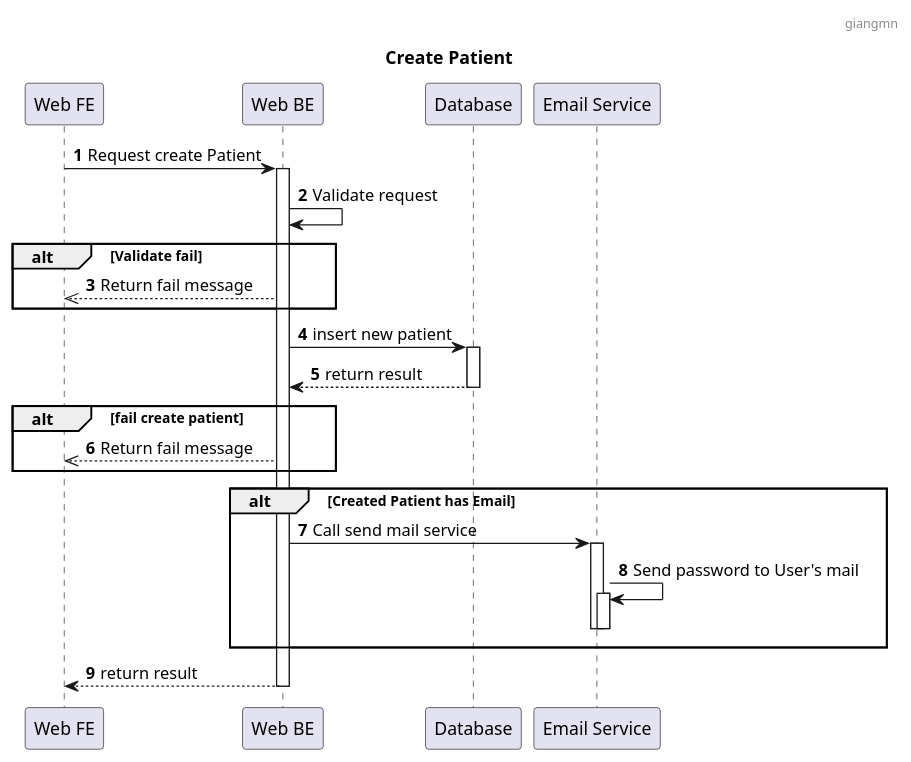
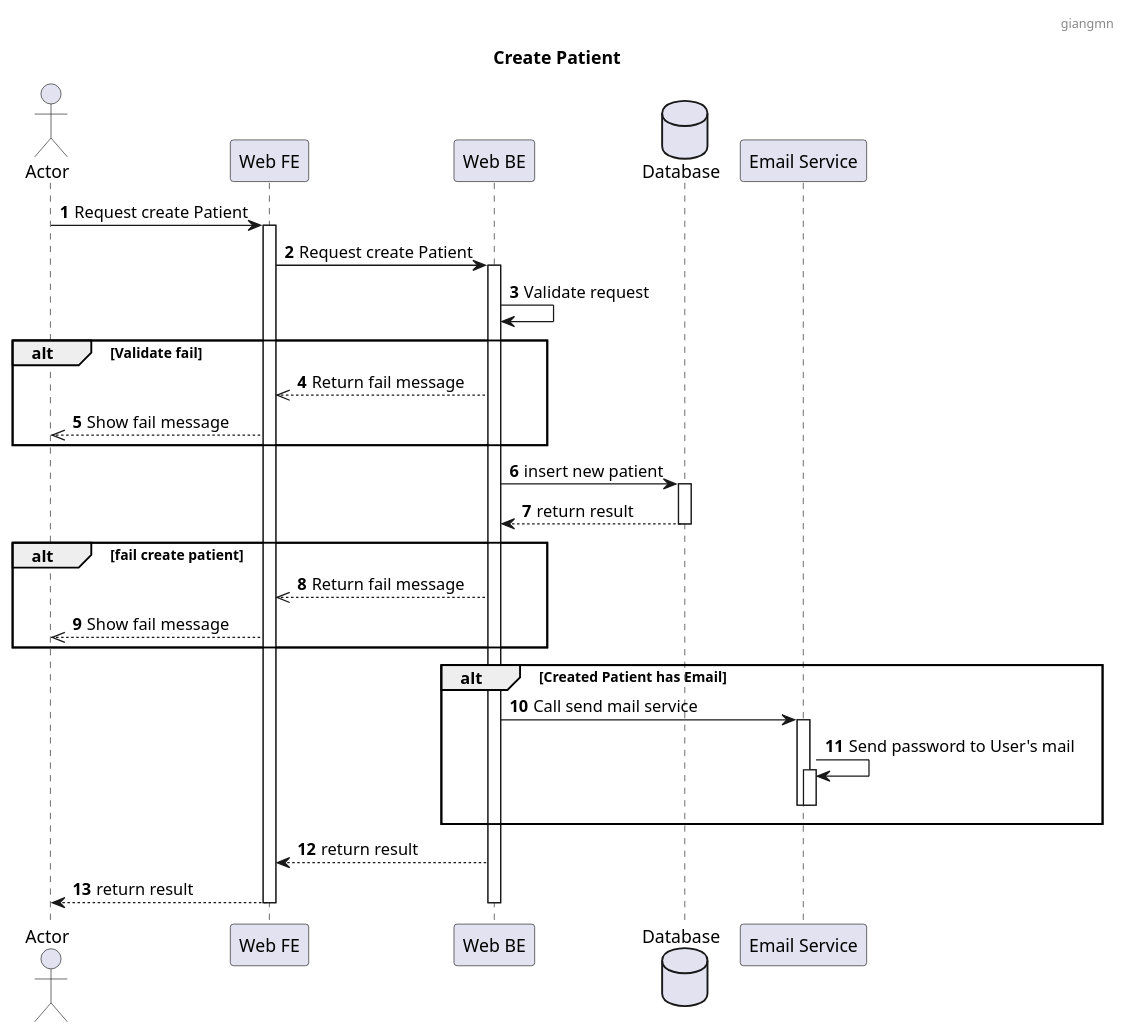
One commit to jang1902/SEP490_Sequence changed the diagram in Patient/Create Patient.puml. Above: the diagram before and after it, drawn with PlantUML. The commit also changed 12 other files, not shown here.

```diff
--- a/Patient/Create Patient.puml
+++ b/Patient/Create Patient.puml
@@ -1,36 +1,44 @@
 @startuml
 header : giangmn
 title: Create Patient
 autonumber
 
+actor "Actor" as a
 participant "Web FE" as fe
 participant "Web BE" as be
-participant "Database" as db
+database "Database" as db
 participant "Email Service" as es
 
+a->fe : Request create Patient
+fe++
 fe -> be: Request create Patient
 be++
 be -> be: Validate request
 alt Validate fail
 be -->> fe: Return fail message
+fe-->> a: Show fail message
 end
 
 be -> db: insert new patient
 db++
 db --> be: return result
 db--
 alt fail create patient
 be -->> fe: Return fail message
+fe-->> a: Show fail message
+
 end
 alt Created Patient has Email
 be -> es: Call send mail service
 es++
 es->es :Send password to User's mail
 es++
 es--
 es--
 end
 be --> fe: return result
+fe--> a: return result
+fe--
 be--
 
 @enduml
```
